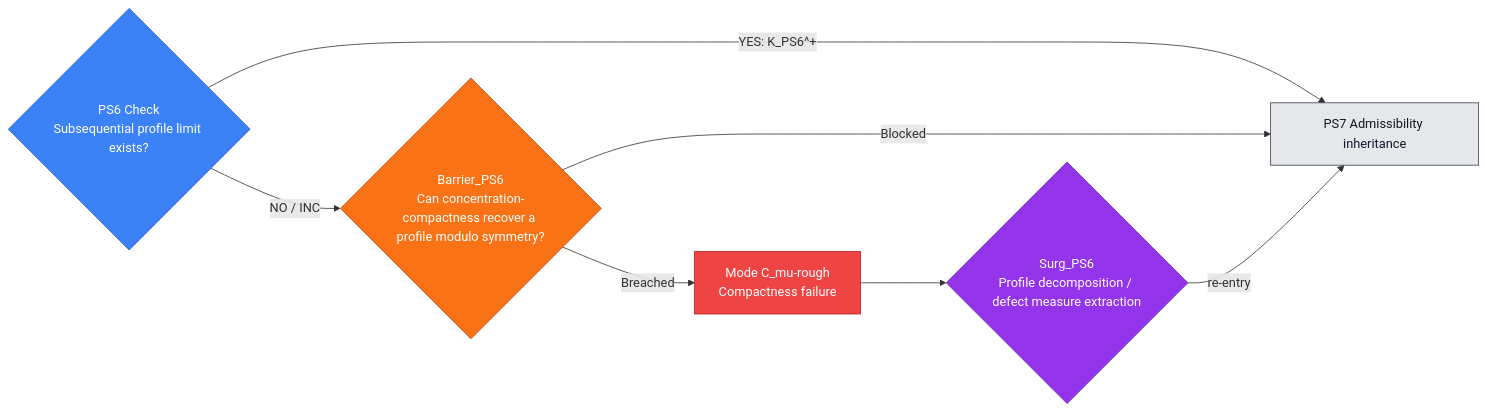
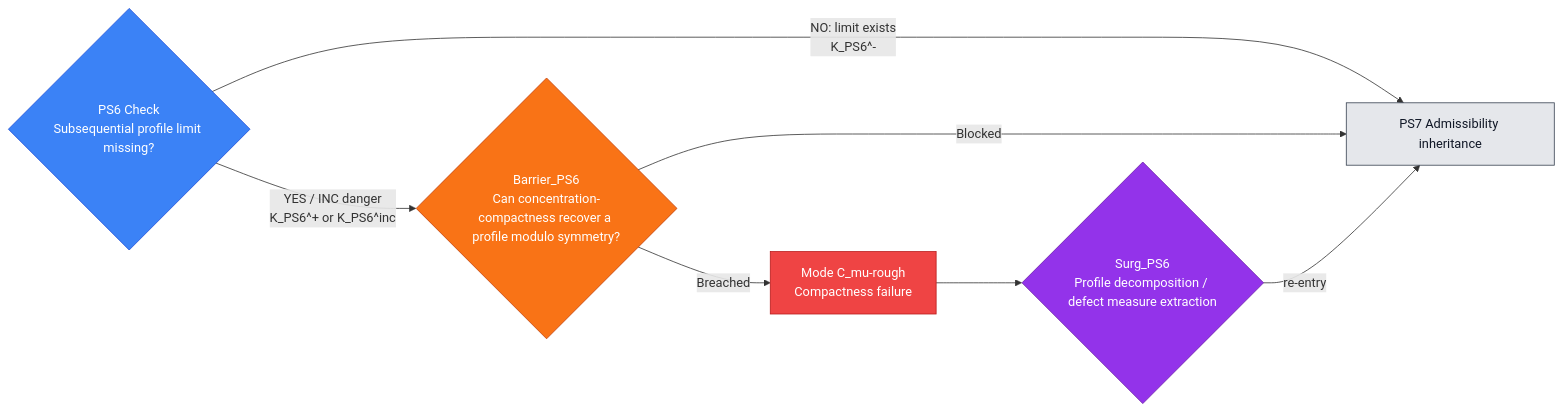
One commit to Guillemdb/hypostructure changed diagram 12 of 54 in docs/source/1_hypostructure_formalism/edits/new_sieve.md. Above: the diagram before and after it, drawn with Mermaid. The commit also changed other lines of this file, not shown here.

````diff
--- a/docs/source/1_hypostructure_formalism/edits/new_sieve.md
+++ b/docs/source/1_hypostructure_formalism/edits/new_sieve.md
@@ -1373,23 +1394,23 @@
 ```mermaid
 flowchart LR
-    C{"PS6 Check<br/>Subsequential profile limit exists?"}
-    C -- "YES: K_PS6^+" --> N["PS7 Admissibility inheritance"]
-    C -- "NO / INC" --> B{"Barrier_PS6<br/>Can concentration-compactness recover a profile modulo symmetry?"}
+    C{"PS6 Check<br/>Subsequential profile limit missing?"}
+    C -- "NO: limit exists<br/>K_PS6^-" --> N["PS7 Admissibility inheritance"]
+    C -- "YES / INC danger<br/>K_PS6^+ or K_PS6^inc" --> B{"Barrier_PS6<br/>Can concentration-compactness recover a profile modulo symmetry?"}
     B -- "Blocked" --> N
     B -- "Breached" --> M["Mode C_mu-rough<br/>Compactness failure"]
     M --> S{"Surg_PS6<br/>Profile decomposition / defect measure extraction"}
     S -- "re-entry" --> N
 
     classDef check fill:#3b82f6,stroke:#1d4ed8,color:#ffffff;
     classDef barrier fill:#f97316,stroke:#c2410c,color:#ffffff;
     classDef mode fill:#ef4444,stroke:#b91c1c,color:#ffffff;
     classDef surgery fill:#9333ea,stroke:#6b21a8,color:#ffffff;
     classDef next fill:#e5e7eb,stroke:#374151,color:#111827;
     classDef terminal fill:#fef3c7,stroke:#d97706,color:#111827;
 
     class C check;
     class B barrier;
     class M mode;
     class S surgery;
     class N next;
 ```
````
